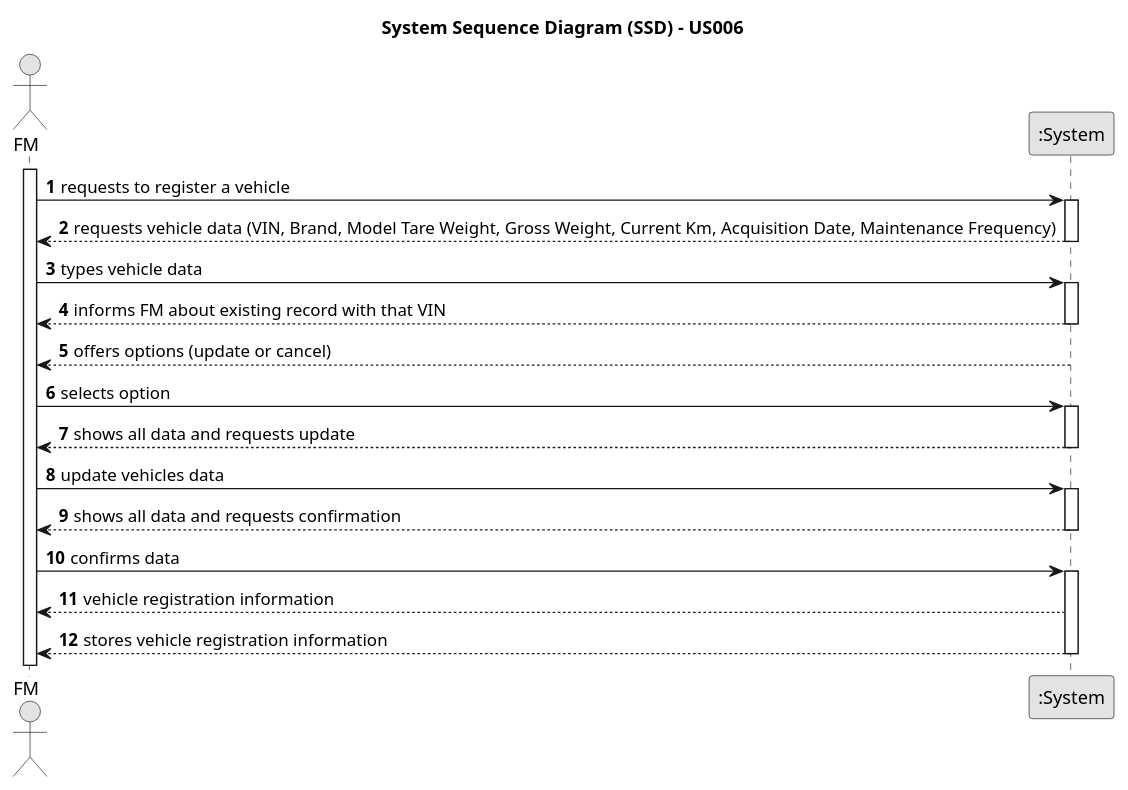
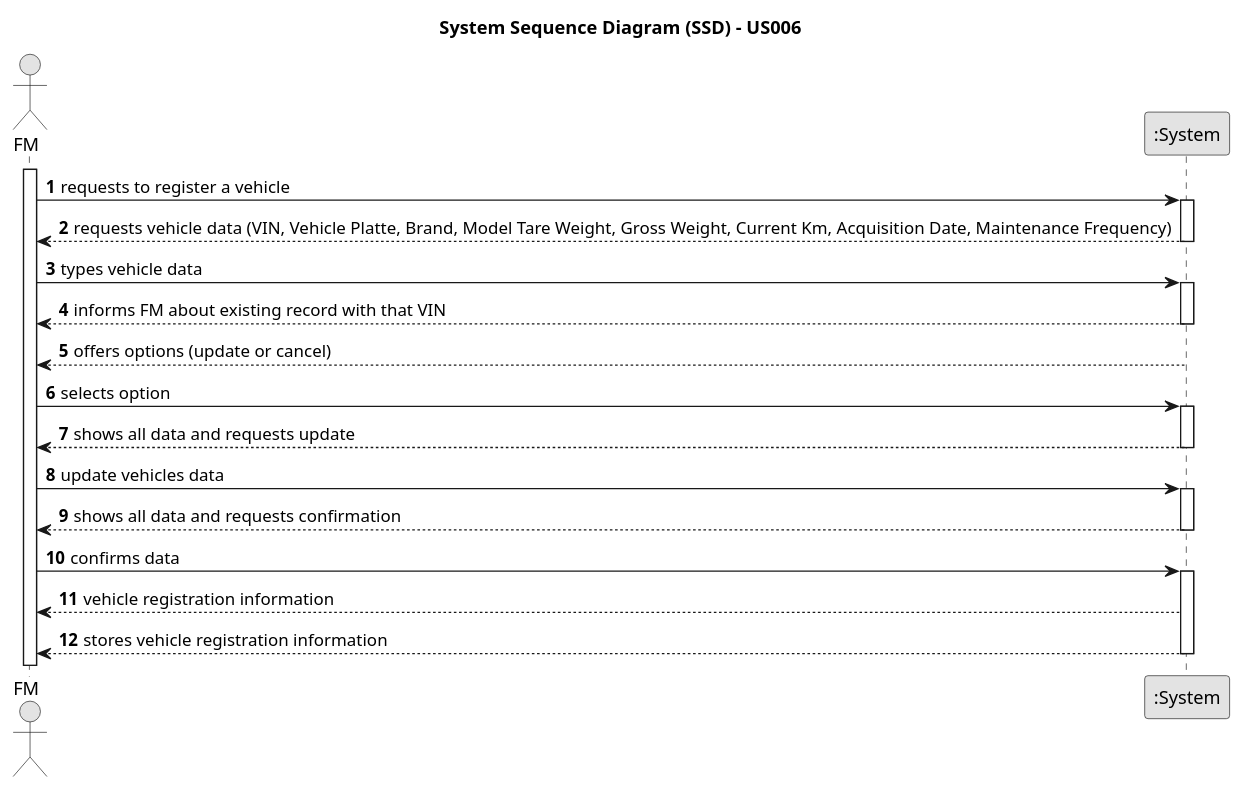
One commit to ricardomm7/leaflink changed the diagram in docs/sprintA/us006/01.requirements-engineering/puml/us006-system-sequence-diagram-alternative-two.puml. Above: the diagram before and after it, drawn with PlantUML. The commit also changed 5 other files, not shown here.

```diff
--- a/docs/sprintA/us006/01.requirements-engineering/puml/us006-system-sequence-diagram-alternative-two.puml
+++ b/docs/sprintA/us006/01.requirements-engineering/puml/us006-system-sequence-diagram-alternative-two.puml
@@ -1,51 +1,51 @@
 @startuml
 skinparam monochrome true
 skinparam packageStyle rectangle
 skinparam shadowing false
 
 title System Sequence Diagram (SSD) - US006
 
 autonumber
 
 actor "FM" as FM
 participant ":System" as System
 
 activate FM
 
     FM -> System : requests to register a vehicle
     activate System
 
-        System --> FM : requests vehicle data (VIN, Brand, Model Tare Weight, Gross Weight, Current Km, Acquisition Date, Maintenance Frequency)
+        System --> FM : requests vehicle data (VIN, Vehicle Platte, Brand, Model Tare Weight, Gross Weight, Current Km, Acquisition Date, Maintenance Frequency)
     deactivate System
 
     FM -> System : types vehicle data
     activate System
 
         System --> FM : informs FM about existing record with that VIN
     deactivate System
 
     System --> FM : offers options (update or cancel)
         deactivate System
 
     FM -> System : selects option
         activate System
 
         System --> FM : shows all data and requests update
     deactivate System
 
     FM -> System : update vehicles data
     activate System
 
     System --> FM : shows all data and requests confirmation
     deactivate System
 
     FM -> System : confirms data
     activate System
 
     System --> FM :  vehicle registration information
     System --> FM : stores vehicle registration information
     deactivate System
 
 
 
 @enduml
```
